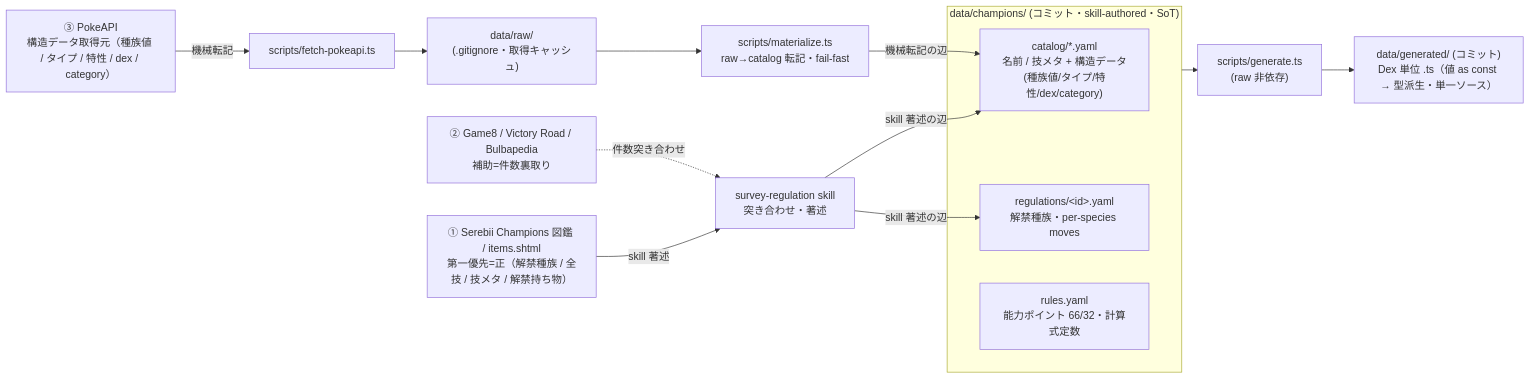
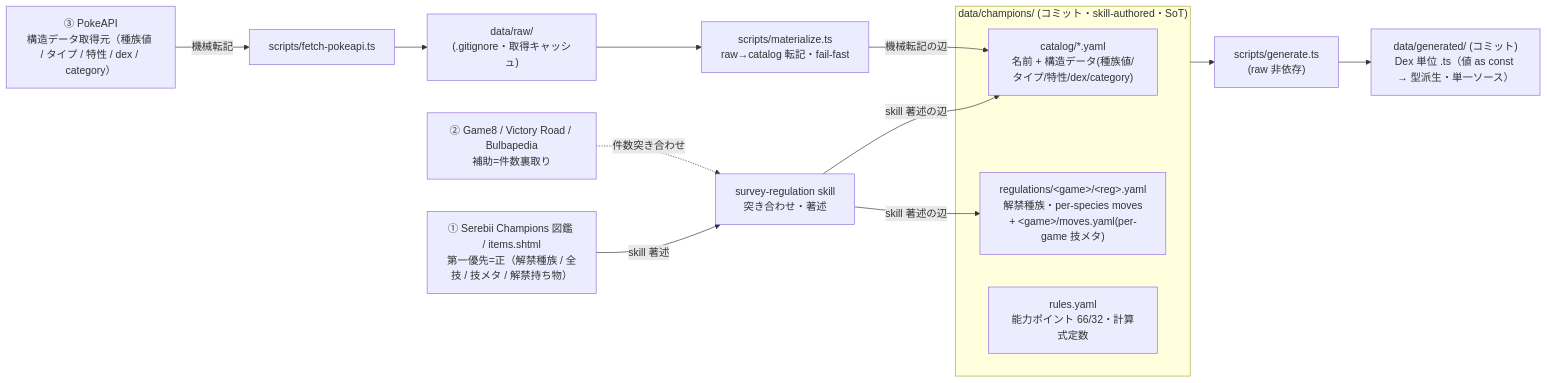
The second of 2 diagrams in docs/plan/01-mvp/architecture.md (subroh0508/pokeform), drawn with Mermaid before and after one commit. The commit also changed other lines of this file and 23 other files, not shown here.

First line of the commit message:
refactor(data): 技メタを per-game の regulations/champions/moves.yaml へ移転（ADR 0026 改訂）

````diff
--- a/docs/plan/01-mvp/architecture.md
+++ b/docs/plan/01-mvp/architecture.md
@@ -224,24 +224,24 @@
 ```mermaid
 flowchart LR
     SB["① Serebii Champions 図鑑 / items.shtml<br/>第一優先=正（解禁種族 / 全技 / 技メタ / 解禁持ち物）"]
     AUX["② Game8 / Victory Road / Bulbapedia<br/>補助=件数裏取り"]
     API["③ PokeAPI<br/>構造データ取得元（種族値 / タイプ / 特性 / dex / category）"]
 
     SB -->|skill 著述| SR["survey-regulation skill<br/>突き合わせ・著述"]
     AUX -.->|件数突き合わせ| SR
     API -->|機械転記| F["scripts/fetch-pokeapi.ts"]
     F --> RAW["data/raw/<br/>(.gitignore・取得キャッシュ)"]
     RAW --> M["scripts/materialize.ts<br/>raw→catalog 転記・fail-fast"]
 
     subgraph CH["data/champions/ (コミット・skill-authored・SoT)"]
-        CAT["catalog/*.yaml<br/>名前 / 技メタ + 構造データ(種族値/タイプ/特性/dex/category)"]
-        REG["regulations/&lt;id&gt;.yaml<br/>解禁種族・per-species moves"]
+        CAT["catalog/*.yaml<br/>名前 + 構造データ(種族値/タイプ/特性/dex/category)"]
+        REG["regulations/&lt;game&gt;/&lt;reg&gt;.yaml<br/>解禁種族・per-species moves<br/>+ &lt;game&gt;/moves.yaml(per-game 技メタ)"]
         R["rules.yaml<br/>能力ポイント 66/32・計算式定数"]
     end
 
     SR -->|skill 著述の辺| CAT
     SR -->|skill 著述の辺| REG
     M -->|機械転記の辺| CAT
     CH --> GEN["scripts/generate.ts<br/>(raw 非依存)"]
     GEN --> OUT["data/generated/ (コミット)<br/>Dex 単位 .ts（値 as const → 型派生・単一ソース）"]
 ```
````
